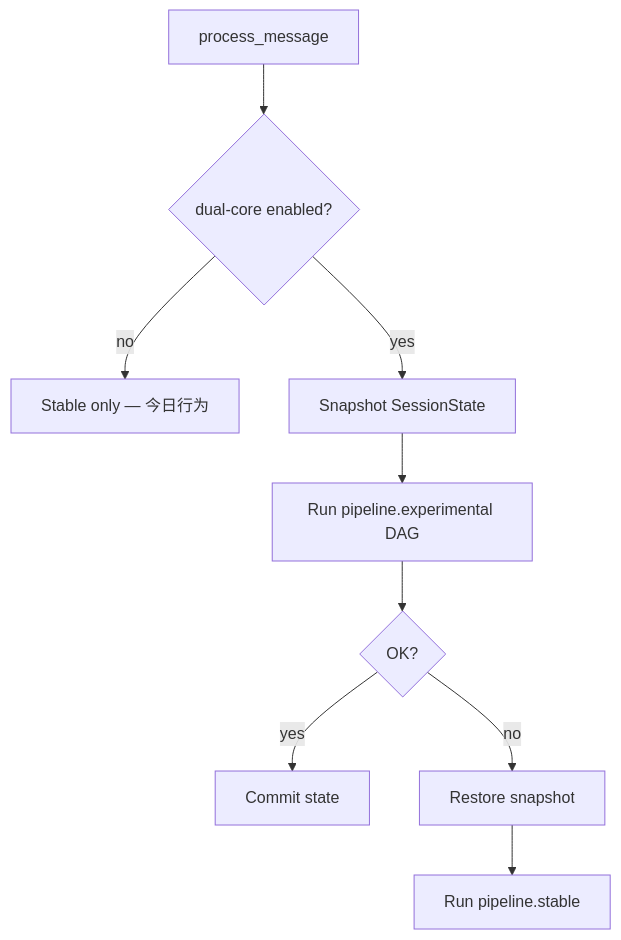
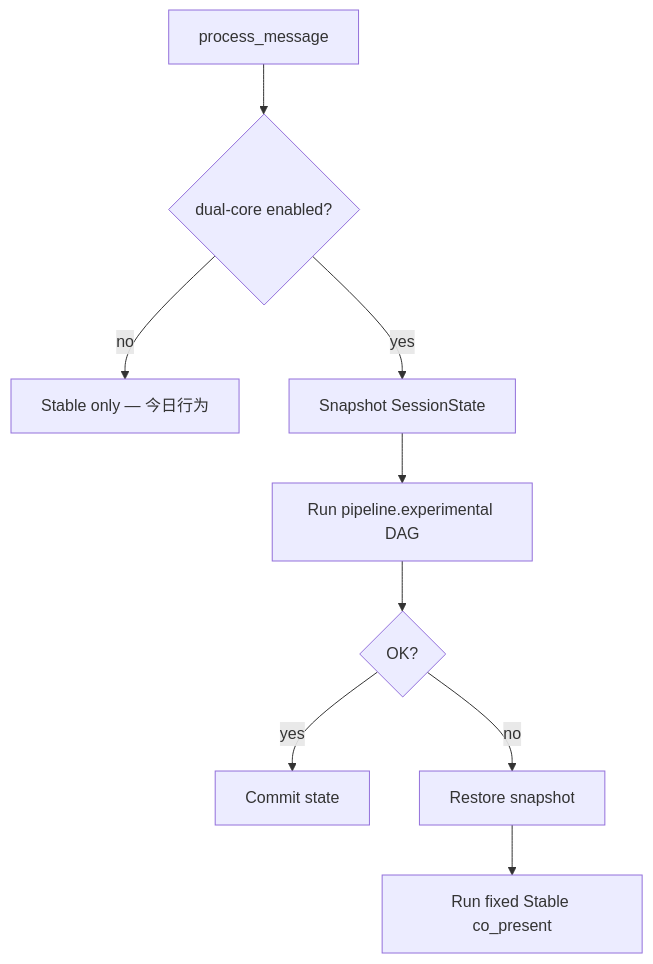
Before and after one commit to linkaiheng2233-cyber/oclivenewnew: the diagram in handoff/DUAL_CORE_CURSOR_HANDOFF.md, drawn with Mermaid. The commit also changed other lines of this file and 231 other files, not shown here.

Commit message:
docs(architecture): align project around tool kernel

````diff
--- a/handoff/DUAL_CORE_CURSOR_HANDOFF.md
+++ b/handoff/DUAL_CORE_CURSOR_HANDOFF.md
@@ -120,11 +120,11 @@
 ```mermaid
 flowchart TD
   A[process_message] --> B{dual-core enabled?}
   B -->|no| S[Stable only — 今日行为]
   B -->|yes| C[Snapshot SessionState]
   C --> D[Run pipeline.experimental DAG]
   D --> E{OK?}
   E -->|yes| F[Commit state]
   E -->|no| G[Restore snapshot]
-  G --> H[Run pipeline.stable]
+  G --> H[Run fixed Stable co_present]
 ```
````
